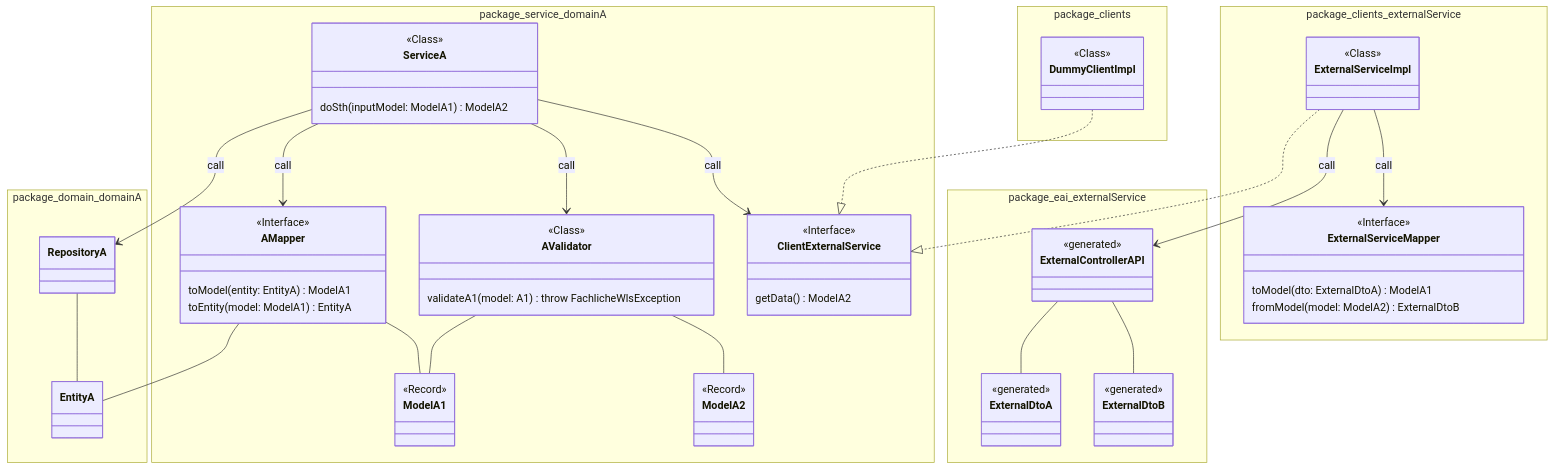
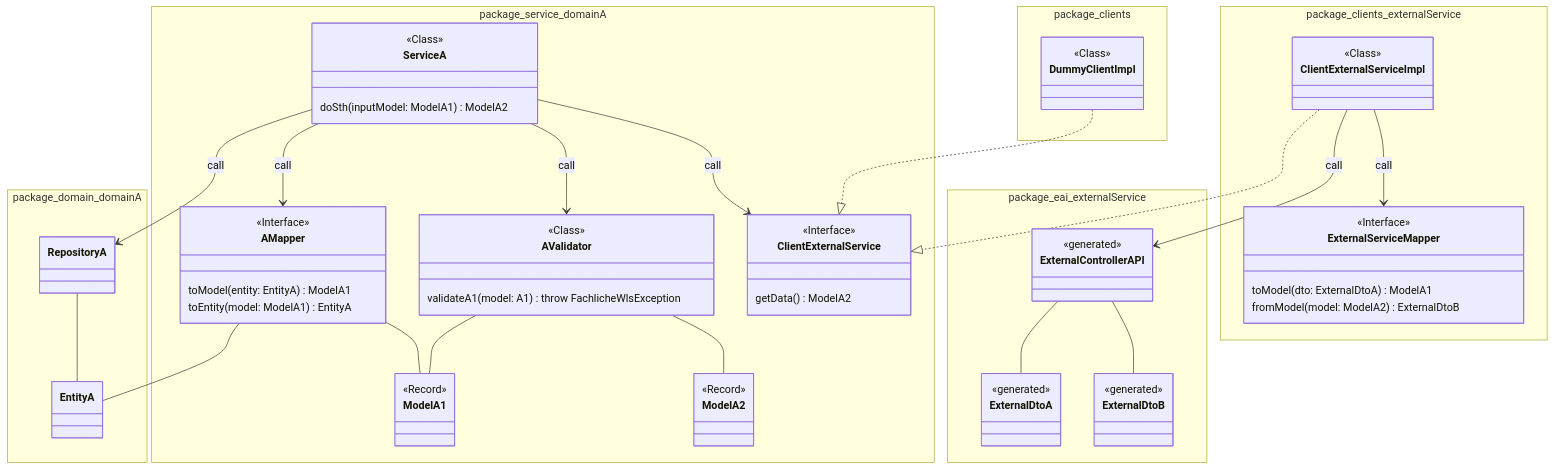
Before and after one commit to it-at-m/Wahllokalsystem: the third of 4 diagrams in docs/src/technik/systemspecification/backend.md, drawn with Mermaid. The commit also changed 1 other file, not shown here.

Commit message:
rename interface and client for access to external service

````diff
--- a/docs/src/technik/systemspecification/backend.md
+++ b/docs/src/technik/systemspecification/backend.md
@@ -247,7 +247,7 @@
     }
 
     namespace package_clients_externalService {
-        class ExternalServiceImpl {
+        class ClientExternalServiceImpl {
             <<Class>>
         }
 
@@ -271,11 +271,11 @@
     RepositoryA -- EntityA
 
     DummyClientImpl ..|> ClientExternalService
-    ExternalServiceImpl ..|> ClientExternalService
+    ClientExternalServiceImpl ..|> ClientExternalService
 
     ExternalControllerAPI -- ExternalDtoA
     ExternalControllerAPI -- ExternalDtoB
-    ExternalServiceImpl --> ExternalControllerAPI : call
-    ExternalServiceImpl --> ExternalServiceMapper : call
+    ClientExternalServiceImpl --> ExternalControllerAPI : call
+    ClientExternalServiceImpl --> ExternalServiceMapper : call
 
 ```  
````
